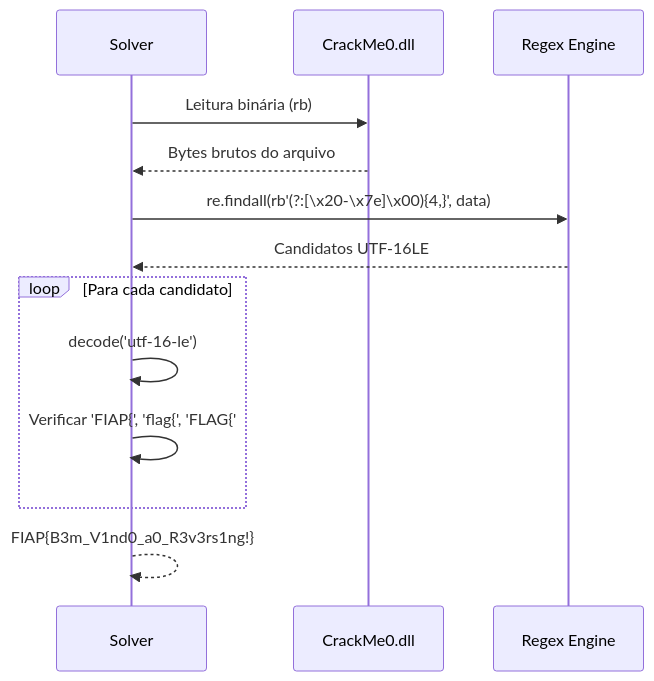
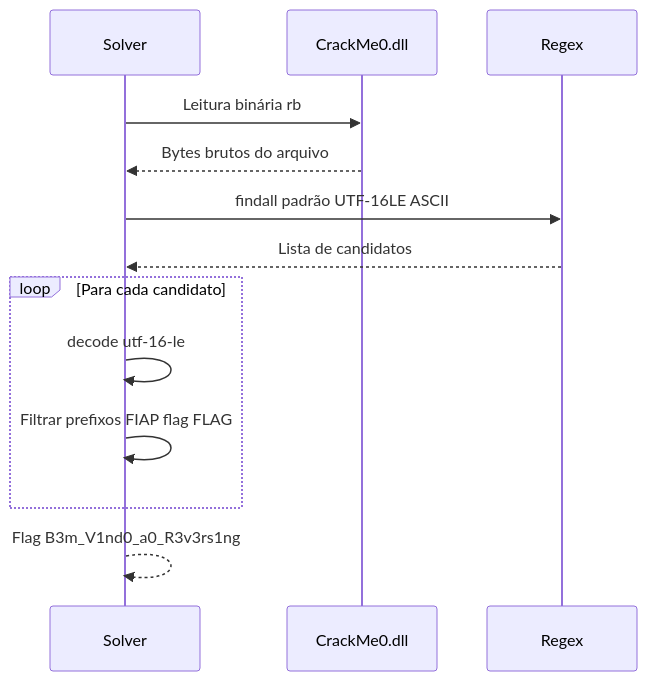
The second of 5 diagrams in README.md (carmipa/GS_CAM_ASSEMBLY_AND_DEBUGGER), drawn with Mermaid before and after one commit. The commit also changed other lines of this file, not shown here.

Commit message:
Refine README.md with improved formatting and clarity for flowcharts and descriptions related to CrackMe0 and CrackMe1 solvers.

````diff
--- a/README.md
+++ b/README.md
@@ -127,19 +127,19 @@
 ```mermaid
 sequenceDiagram
     participant S as Solver
     participant DLL as CrackMe0.dll
-    participant RE as Regex Engine
+    participant RE as Regex
 
-    S->>DLL: Leitura binária (rb)
+    S->>DLL: Leitura binária rb
     DLL-->>S: Bytes brutos do arquivo
 
-    S->>RE: re.findall(rb'(?:[\x20-\x7e]\x00){4,}', data)
-    RE-->>S: Candidatos UTF-16LE
+    S->>RE: findall padrão UTF-16LE ASCII
+    RE-->>S: Lista de candidatos
 
     loop Para cada candidato
-        S->>S: decode('utf-16-le')
-        S->>S: Verificar 'FIAP{', 'flag{', 'FLAG{'
+        S->>S: decode utf-16-le
+        S->>S: Filtrar prefixos FIAP flag FLAG
     end
 
-    S-->>S: FIAP{B3m_V1nd0_a0_R3v3rs1ng!}
+    S-->>S: Flag B3m_V1nd0_a0_R3v3rs1ng
 ```
````
